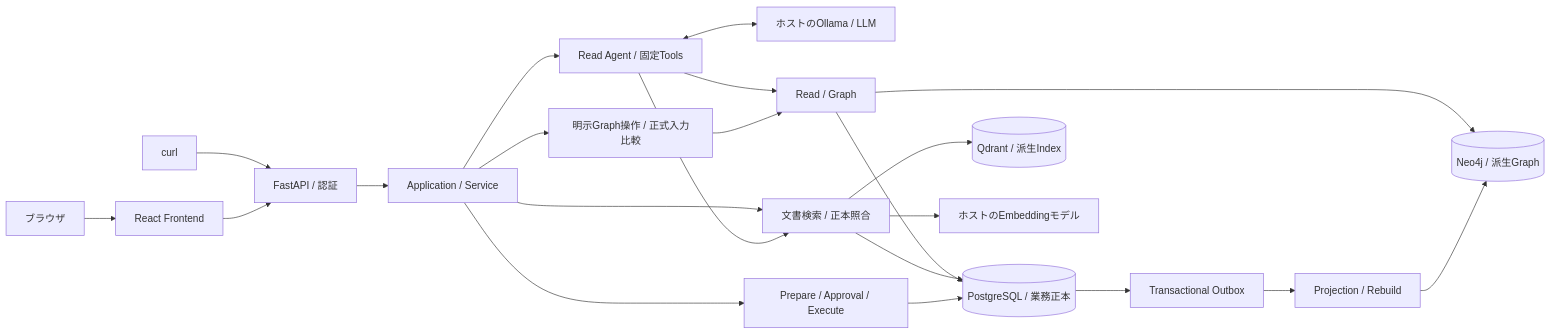
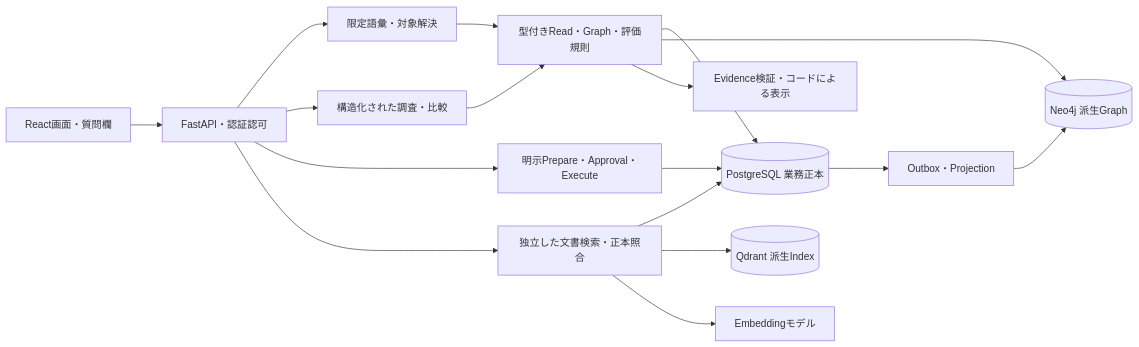
Before and after one commit to philippos2/line-scope: the diagram in README.md, drawn with Mermaid. The commit also changed other lines of this file and 19 other files, not shown here.

````diff
--- a/README.md
+++ b/README.md
@@ -28,24 +50,19 @@
 ```mermaid
 flowchart LR
-    Browser[ブラウザ] --> UI[React Frontend]
-    Curl[curl] --> API[FastAPI / 認証]
-    UI --> API
-    API --> App[Application / Service]
-    App --> Agent[Read Agent / 固定Tools]
-    Agent <--> LLM[ホストのOllama / LLM]
-    Agent --> Reads[Read / Graph]
-    App --> Explicit[明示Graph操作 / 正式入力比較]
+    UI[React画面・質問欄] --> API[FastAPI・認証認可]
+    API --> Chat[限定語彙・対象解決]
+    Chat --> Reads[型付きRead・Graph・評価規則]
+    API --> Explicit[構造化された調査・比較]
     Explicit --> Reads
-    Reads --> PG[(PostgreSQL / 業務正本)]
-    Reads --> Neo4j[(Neo4j / 派生Graph)]
-    App --> RAG[文書検索 / 正本照合]
-    Agent --> RAG
+    Reads --> PG[(PostgreSQL 業務正本)]
+    Reads --> Neo[(Neo4j 派生Graph)]
+    Reads --> Evidence[Evidence検証・コードによる表示]
+    API --> Updates[明示Prepare・Approval・Execute]
+    Updates --> PG
+    PG --> Outbox[Outbox・Projection]
+    Outbox --> Neo
+    API --> RAG[独立した文書検索・正本照合]
     RAG --> PG
-    RAG --> Qdrant[(Qdrant / 派生Index)]
-    RAG --> Embed[ホストのEmbeddingモデル]
-    App --> Updates[Prepare / Approval / Execute]
-    Updates --> PG
-    PG --> Outbox[Transactional Outbox]
-    Outbox --> Projection[Projection / Rebuild]
-    Projection --> Neo4j
+    RAG --> Qdrant[(Qdrant 派生Index)]
+    RAG --> Embed[Embeddingモデル]
 ```
````
